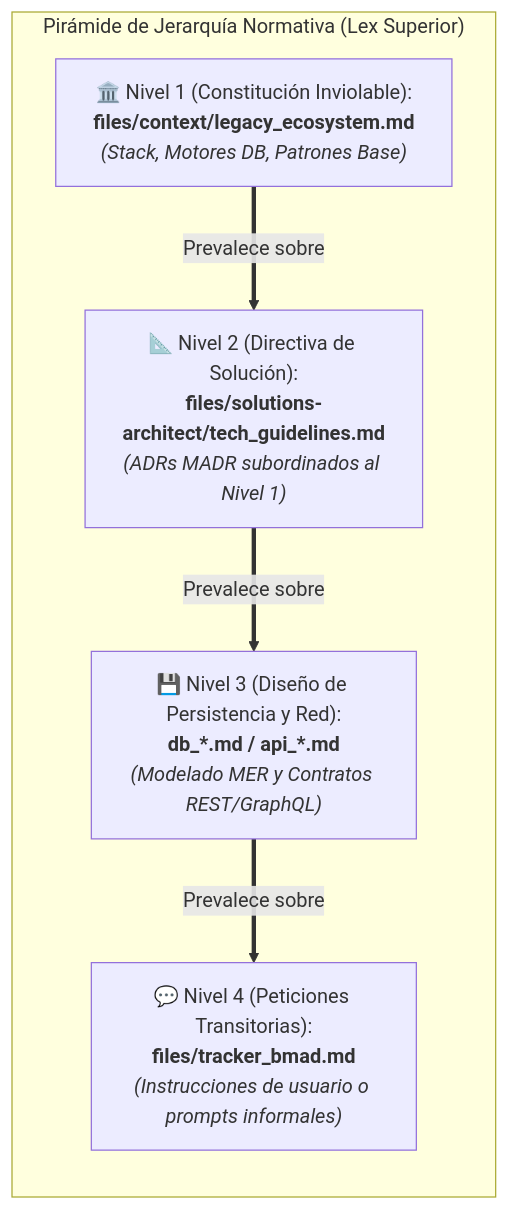
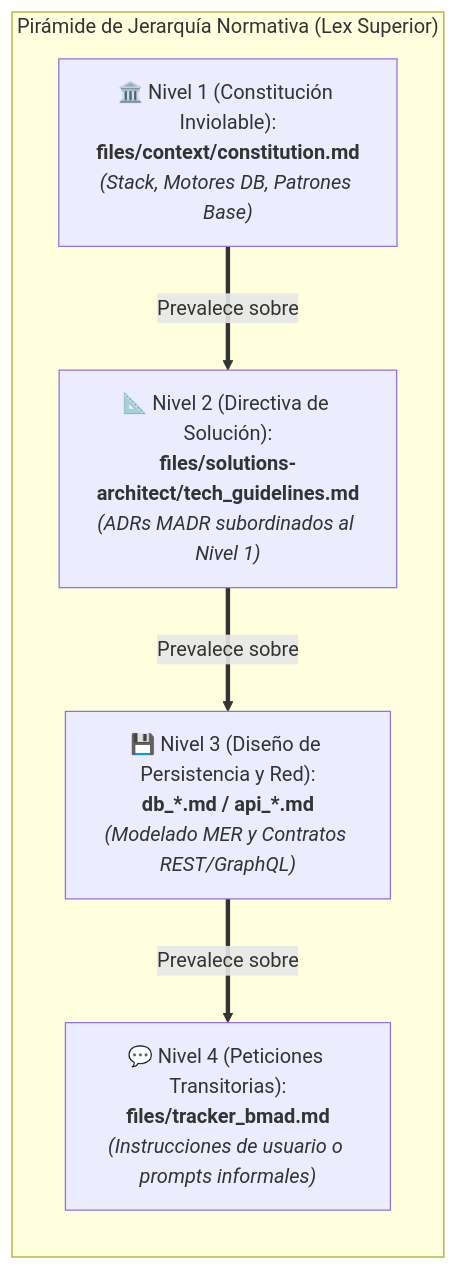
One commit to pauloravicaceres/template-bmad changed the third of 3 diagrams in README.md. Above: the diagram before and after it, drawn with Mermaid. The commit also changed other lines of this file and 132 other files, not shown here.

````diff
--- a/README.md
+++ b/README.md
@@ -214,14 +274,14 @@
 ```mermaid
 flowchart TD
     subgraph JerarquiaNormativa ["Pirámide de Jerarquía Normativa (Lex Superior)"]
         direction TB
-        L1["🏛️ Nivel 1 (Constitución Inviolable):<br><b>files/context/legacy_ecosystem.md</b><br><i>(Stack, Motores DB, Patrones Base)</i>"]
+        L1["🏛️ Nivel 1 (Constitución Inviolable):<br><b>files/context/constitution.md</b><br><i>(Stack, Motores DB, Patrones Base)</i>"]
         L2["📐 Nivel 2 (Directiva de Solución):<br><b>files/solutions-architect/tech_guidelines.md</b><br><i>(ADRs MADR subordinados al Nivel 1)</i>"]
         L3["💾 Nivel 3 (Diseño de Persistencia y Red):<br><b>db_*.md / api_*.md</b><br><i>(Modelado MER y Contratos REST/GraphQL)</i>"]
         L4["💬 Nivel 4 (Peticiones Transitorias):<br><b>files/tracker_bmad.md</b><br><i>(Instrucciones de usuario o prompts informales)</i>"]
     end
     
     L1 ==>|Prevalece sobre| L2
     L2 ==>|Prevalece sobre| L3
     L3 ==>|Prevalece sobre| L4
 ```
````
